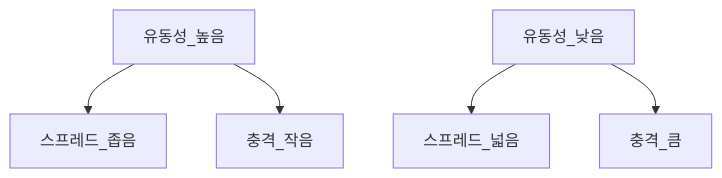
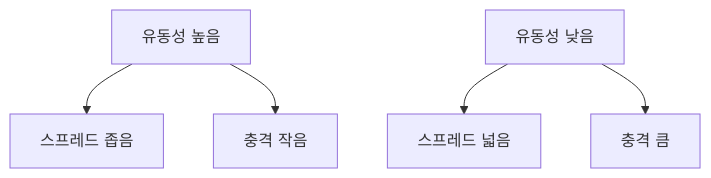
One commit to goldanghenry/Finances changed the third of 3 diagrams in 03-markets/market-microstructure.md. Above: the diagram before and after it, drawn with Mermaid. The commit also changed other lines of this file and 211 other files, not shown here.

````diff
--- a/03-markets/market-microstructure.md
+++ b/03-markets/market-microstructure.md
@@ -116,7 +132,7 @@
 ```mermaid
 flowchart TD
-  Liq[유동성_높음] --> Spread[스프레드_좁음]
-  Liq --> Impact[충격_작음]
-  Ill[유동성_낮음] --> Spread2[스프레드_넓음]
-  Ill --> Impact2[충격_큼]
+  Liq["유동성 높음"] --> Spread["스프레드 좁음"]
+  Liq --> Impact["충격 작음"]
+  Ill["유동성 낮음"] --> Spread2["스프레드 넓음"]
+  Ill --> Impact2["충격 큼"]
 ```
````
